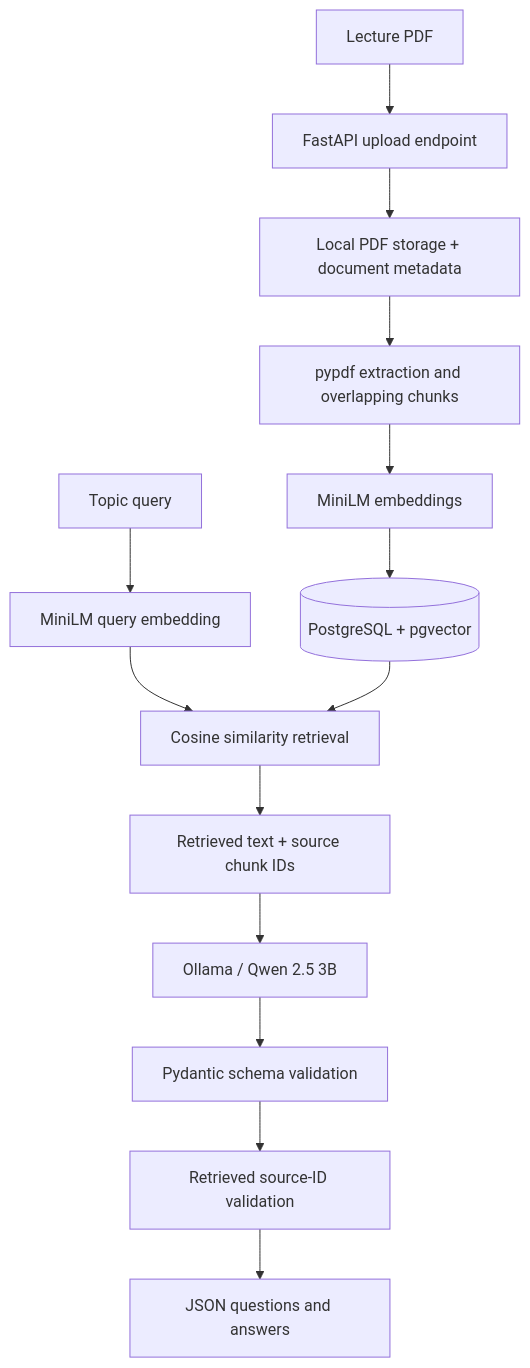
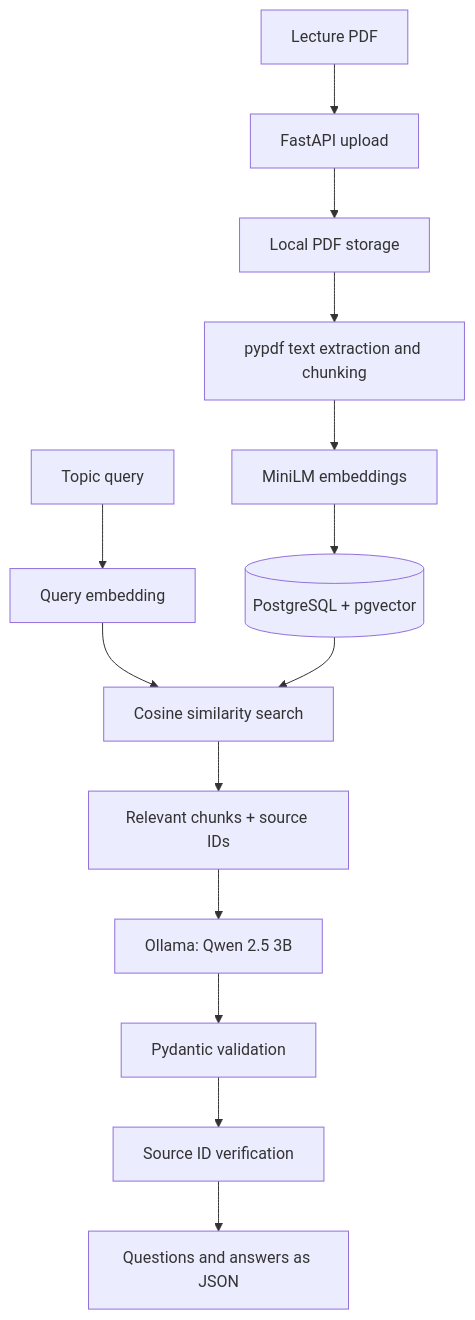
The diagram in README.md (manuviswakarmave/LearnGrph--api), drawn with Mermaid before and after one commit. The commit also changed other lines of this file, not shown here.

````diff
--- a/README.md
+++ b/README.md
@@ -22,16 +21,16 @@
 ```mermaid
 flowchart TD
-    A[Lecture PDF] --> B[FastAPI upload endpoint]
-    B --> C[Local PDF storage + document metadata]
-    C --> D[pypdf extraction and overlapping chunks]
+    A[Lecture PDF] --> B[FastAPI upload]
+    B --> C[Local PDF storage]
+    C --> D[pypdf text extraction and chunking]
     D --> E[MiniLM embeddings]
     E --> F[(PostgreSQL + pgvector)]
-    G[Topic query] --> H[MiniLM query embedding]
-    H --> I[Cosine similarity retrieval]
+    G[Topic query] --> H[Query embedding]
+    H --> I[Cosine similarity search]
     F --> I
-    I --> J[Retrieved text + source chunk IDs]
-    J --> K[Ollama / Qwen 2.5 3B]
-    K --> L[Pydantic schema validation]
-    L --> M[Retrieved source-ID validation]
-    M --> N[JSON questions and answers]
+    I --> J[Relevant chunks + source IDs]
+    J --> K[Ollama: Qwen 2.5 3B]
+    K --> L[Pydantic validation]
+    L --> M[Source ID verification]
+    M --> N[Questions and answers as JSON]
 ```
````
